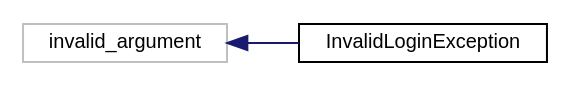
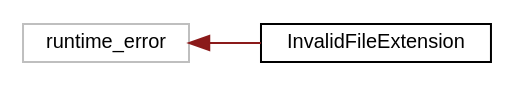
Before and after one commit to ctrlMarcio/feup-cal-proj: the diagram in inherit_graph_12.dot, drawn with Graphviz. The commit also changed 28 other files, not shown here.

```diff
--- a/inherit_graph_12.dot
+++ b/inherit_graph_12.dot
@@ -1,9 +1,9 @@
 digraph "Graphical Class Hierarchy"
 {
   edge [fontname="Helvetica",fontsize="10",labelfontname="Helvetica",labelfontsize="10"];
   node [fontname="Helvetica",fontsize="10",shape=record];
   rankdir="LR";
-  Node2 [label="invalid_argument",height=0.2,width=0.4,color="grey75", fillcolor="white", style="filled"];
-  Node2 -> Node0 [dir="back",color="midnightblue",fontsize="10",style="solid",fontname="Helvetica"];
-  Node0 [label="InvalidLoginException",height=0.2,width=0.4,color="black", fillcolor="white", style="filled",URL="$classInvalidLoginException.html",tooltip="Represents an exception thrown then a bad login is executed. "];
+  Node1 [label="runtime_error",height=0.2,width=0.4,color="grey75", fillcolor="white", style="filled"];
+  Node1 -> Node0 [dir="back",color="firebrick4",fontsize="10",style="solid",fontname="Helvetica"];
+  Node0 [label="InvalidFileExtension",height=0.2,width=0.4,color="black", fillcolor="white", style="filled",URL="$classInvalidFileExtension.html",tooltip="Represents an exception thrown whenever an attempt to work with an invalid file (e.g. non-existent) is made. "];
 }
```
